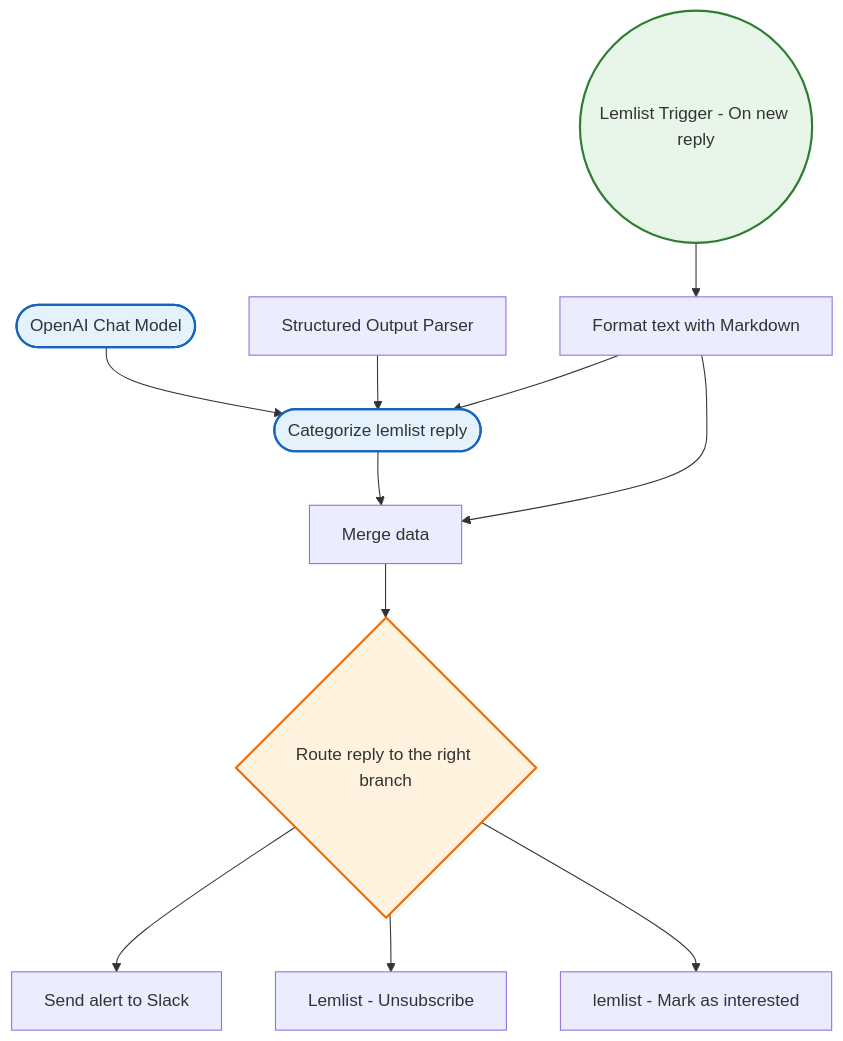
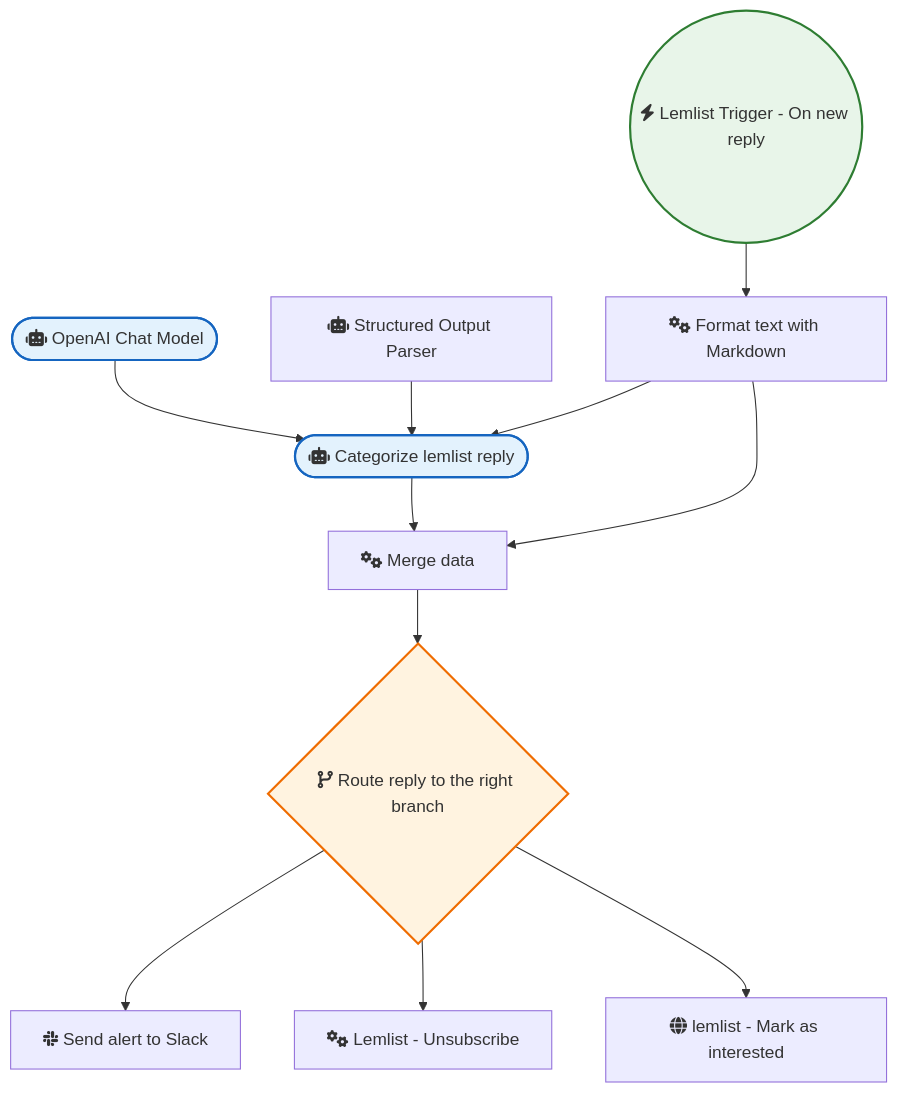
One commit to sreyash3105/N8N-DEMO-AUTOMATIONS changed the diagram in Gmail_and_Email_Automation/Classify lemlist replies using OpenAI and automate reply handling.md. Above: the diagram before and after it, drawn with Mermaid. The commit also changed 291 other files, not shown here.

````diff
--- a/Gmail_and_Email_Automation/Classify lemlist replies using OpenAI and automate reply handling.md
+++ b/Gmail_and_Email_Automation/Classify lemlist replies using OpenAI and automate reply handling.md
@@ -1,28 +1,28 @@
 ```mermaid
 graph TD
     classDef trigger fill:#e8f5e9,stroke:#2e7d32,stroke-width:2px;
     classDef ai fill:#e3f2fd,stroke:#1565c0,stroke-width:2px;
     classDef logic fill:#fff3e0,stroke:#ef6c00,stroke-width:2px;
 
-    Format_text_with_Markdown["Format text with Markdown"]
-    Lemlist_Trigger___On_new_reply(("Lemlist Trigger - On new reply")):::trigger
-    OpenAI_Chat_Model(["OpenAI Chat Model"]):::ai
-    Structured_Output_Parser["Structured Output Parser"]
-    Send_alert_to_Slack["Send alert to Slack"]
-    Lemlist___Unsubscribe["Lemlist - Unsubscribe"]
-    lemlist___Mark_as_interested["lemlist - Mark as interested"]
-    Categorize_lemlist_reply(["Categorize lemlist reply"]):::ai
-    Merge_data["Merge data"]
-    Route_reply_to_the_right_branch{"Route reply to the right branch"}:::logic
+    Format_text_with_Markdown["fas:fa-cogs Format text with Markdown"]
+    Lemlist_Trigger___On_new_reply(("fas:fa-bolt Lemlist Trigger - On new reply")):::trigger
+    OpenAI_Chat_Model(["fas:fa-robot OpenAI Chat Model"]):::ai
+    Structured_Output_Parser["fas:fa-robot Structured Output Parser"]
+    Send_alert_to_Slack["fab:fa-slack Send alert to Slack"]
+    Lemlist___Unsubscribe["fas:fa-cogs Lemlist - Unsubscribe"]
+    lemlist___Mark_as_interested["fas:fa-globe lemlist - Mark as interested"]
+    Categorize_lemlist_reply(["fas:fa-robot Categorize lemlist reply"]):::ai
+    Merge_data["fas:fa-cogs Merge data"]
+    Route_reply_to_the_right_branch{"fas:fa-code-branch Route reply to the right branch"}:::logic
 
     Merge_data --> Route_reply_to_the_right_branch
     OpenAI_Chat_Model --> Categorize_lemlist_reply
     Categorize_lemlist_reply --> Merge_data
     Structured_Output_Parser --> Categorize_lemlist_reply
     Format_text_with_Markdown --> Merge_data
     Format_text_with_Markdown --> Categorize_lemlist_reply
     Lemlist_Trigger___On_new_reply --> Format_text_with_Markdown
     Route_reply_to_the_right_branch --> Send_alert_to_Slack
     Route_reply_to_the_right_branch --> Lemlist___Unsubscribe
     Route_reply_to_the_right_branch --> lemlist___Mark_as_interested
 ```
````
